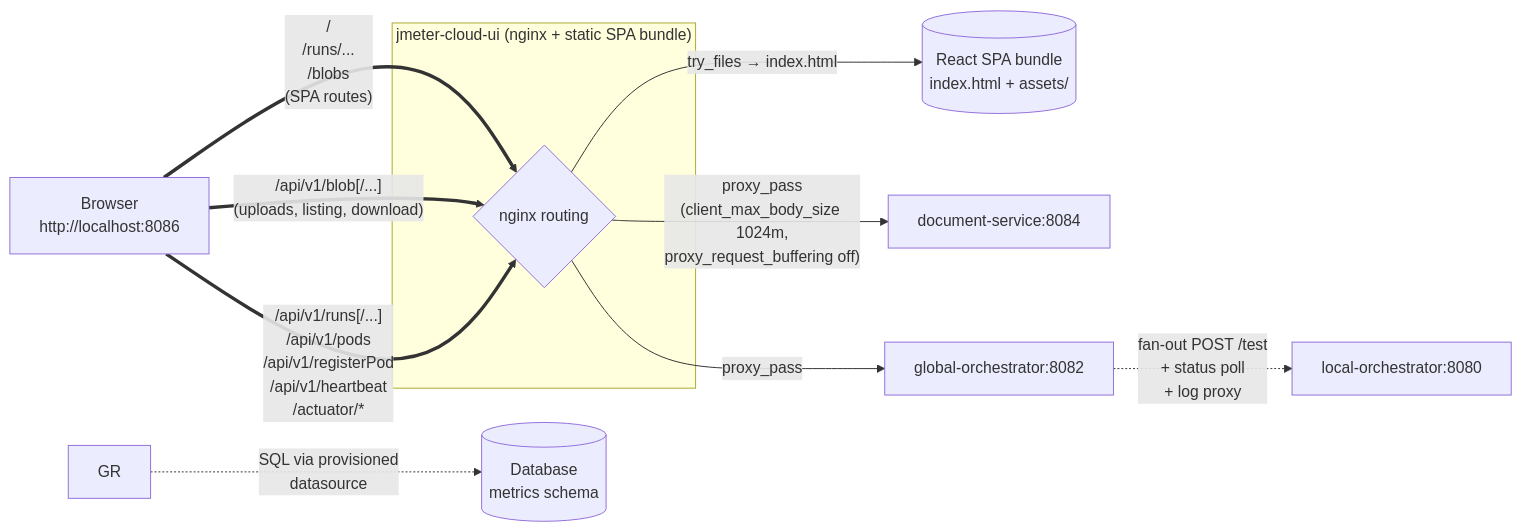
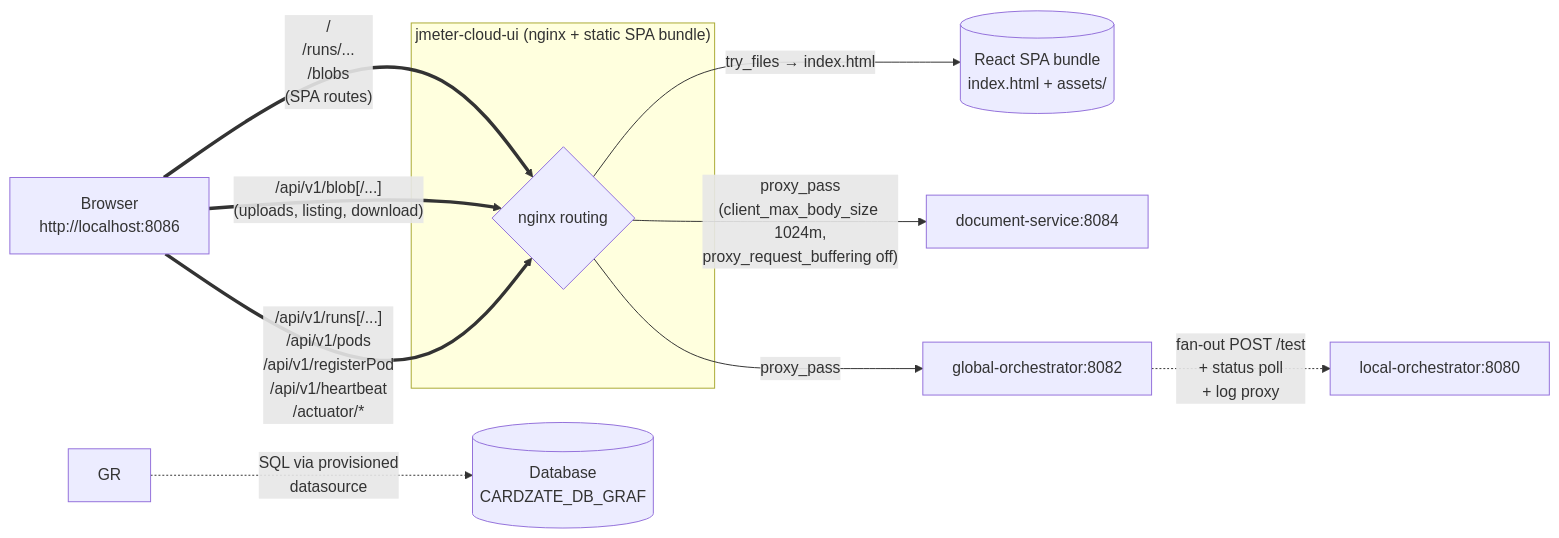
Before and after one commit to sharmakunal23/jmeter-cloud: the sixth of 6 diagrams in docs/flowDiagrams.md, drawn with Mermaid. The commit also changed other lines of this file and 20 other files, not shown here.

````diff
--- a/docs/flowDiagrams.md
+++ b/docs/flowDiagrams.md
@@ -312,21 +312,21 @@
 ```mermaid
 flowchart LR
     B["Browser<br/>http://localhost:8086"]
 
     subgraph "jmeter-cloud-ui  (nginx + static SPA bundle)"
         NX{nginx routing}
     end
 
     B == "/<br/>/runs/...<br/>/blobs<br/>(SPA routes)" ==> NX
     NX -- "try_files → index.html" --> SPA[("React SPA bundle<br/>index.html + assets/")]
 
     B == "/api/v1/blob[/...]<br/>(uploads, listing, download)" ==> NX
     NX -- "proxy_pass<br/>(client_max_body_size 1024m,<br/>proxy_request_buffering off)" --> DS[document-service:8084]
 
     B == "/api/v1/runs[/...]<br/>/api/v1/pods<br/>/api/v1/registerPod<br/>/api/v1/heartbeat<br/>/actuator/*" ==> NX
     NX -- "proxy_pass" --> GO[global-orchestrator:8082]
 
     GO -. "fan-out POST /test<br/>+ status poll<br/>+ log proxy" .-> LO[local-orchestrator:8080]
 
-    GR -. "SQL via provisioned<br/>datasource" .-> PG[(Database<br/>metrics schema)]
+    GR -. "SQL via provisioned<br/>datasource" .-> PG[(Database<br/>CARDZATE_DB_GRAF)]
 ```
````
